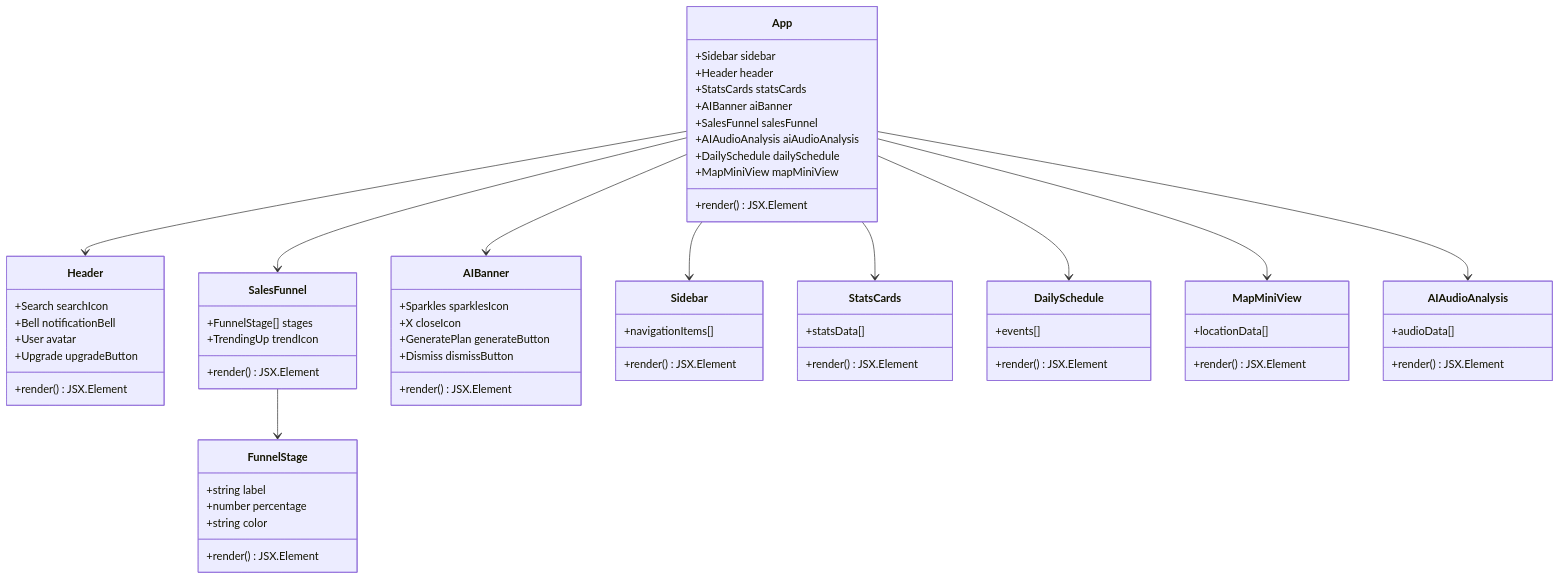
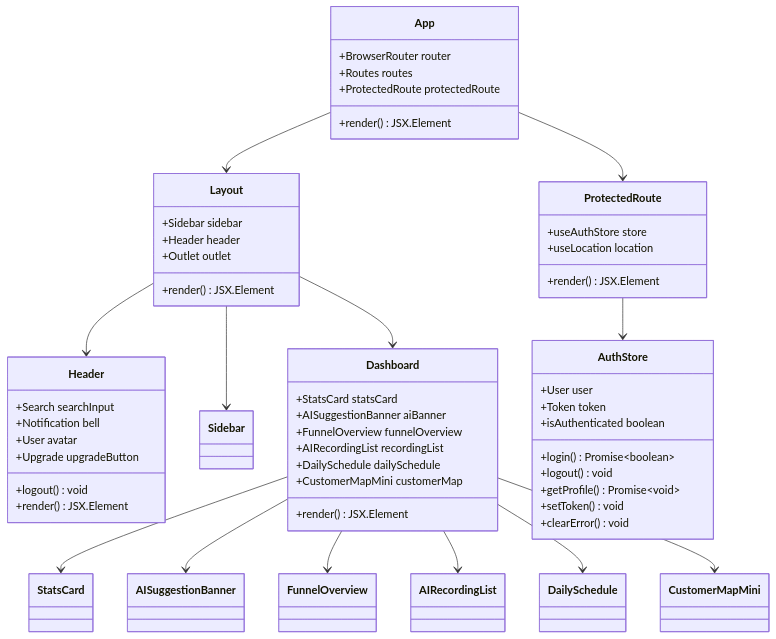
One commit to xianjianshenqu/SalesFlow-CRM changed the third of 3 diagrams in .qoder/repowiki/zh/content/快速开始.md. Above: the diagram before and after it, drawn with Mermaid. The commit also changed other lines of this file and 17 other files, not shown here.

````diff
--- a/.qoder/repowiki/zh/content/快速开始.md
+++ b/.qoder/repowiki/zh/content/快速开始.md
@@ -524,68 +572,59 @@
 ```mermaid
 classDiagram
 class App {
++BrowserRouter router
++Routes routes
++ProtectedRoute protectedRoute
++render() JSX.Element
+}
+class Layout {
 +Sidebar sidebar
 +Header header
-+StatsCards statsCards
-+AIBanner aiBanner
-+SalesFunnel salesFunnel
-+AIAudioAnalysis aiAudioAnalysis
-+DailySchedule dailySchedule
-+MapMiniView mapMiniView
++Outlet outlet
 +render() JSX.Element
 }
 class Header {
-+Search searchIcon
-+Bell notificationBell
++Search searchInput
++Notification bell
 +User avatar
 +Upgrade upgradeButton
++logout() void
 +render() JSX.Element
 }
-class SalesFunnel {
-+FunnelStage[] stages
-+TrendingUp trendIcon
+class Dashboard {
++StatsCard statsCard
++AISuggestionBanner aiBanner
++FunnelOverview funnelOverview
++AIRecordingList recordingList
++DailySchedule dailySchedule
++CustomerMapMini customerMap
 +render() JSX.Element
 }
-class FunnelStage {
-+string label
-+number percentage
-+string color
+class AuthStore {
++User user
++Token token
++isAuthenticated boolean
++login() Promise~boolean~
++logout() void
++getProfile() Promise~void~
++setToken() void
++clearError() void
+}
+class ProtectedRoute {
++useAuthStore store
++useLocation location
 +render() JSX.Element
 }
-class AIBanner {
-+Sparkles sparklesIcon
-+X closeIcon
-+GeneratePlan generateButton
-+Dismiss dismissButton
-+render() JSX.Element
-}
-class Sidebar {
-+navigationItems[]
-+render() JSX.Element
-}
-class StatsCards {
-+statsData[]
-+render() JSX.Element
-}
-class DailySchedule {
-+events[]
-+render() JSX.Element
-}
-class MapMiniView {
-+locationData[]
-+render() JSX.Element
-}
-class AIAudioAnalysis {
-+audioData[]
-+render() JSX.Element
-}
-App --> Header
-App --> Sidebar
-App --> StatsCards
-App --> AIBanner
-App --> SalesFunnel
-App --> AIAudioAnalysis
-App --> DailySchedule
-App --> MapMiniView
-SalesFunnel --> FunnelStage
+App --> Layout
+Layout --> Header
+Layout --> Sidebar
+Layout --> Dashboard
+App --> ProtectedRoute
+ProtectedRoute --> AuthStore
+Dashboard --> StatsCard
+Dashboard --> AISuggestionBanner
+Dashboard --> FunnelOverview
+Dashboard --> AIRecordingList
+Dashboard --> DailySchedule
+Dashboard --> CustomerMapMini
 ```
````
